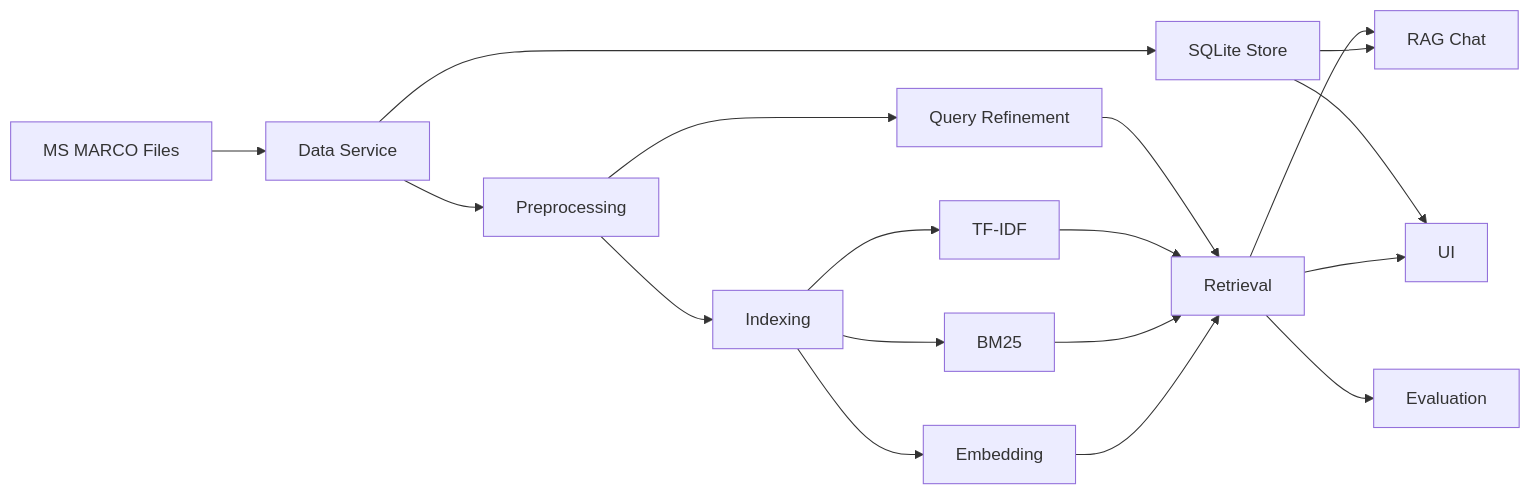
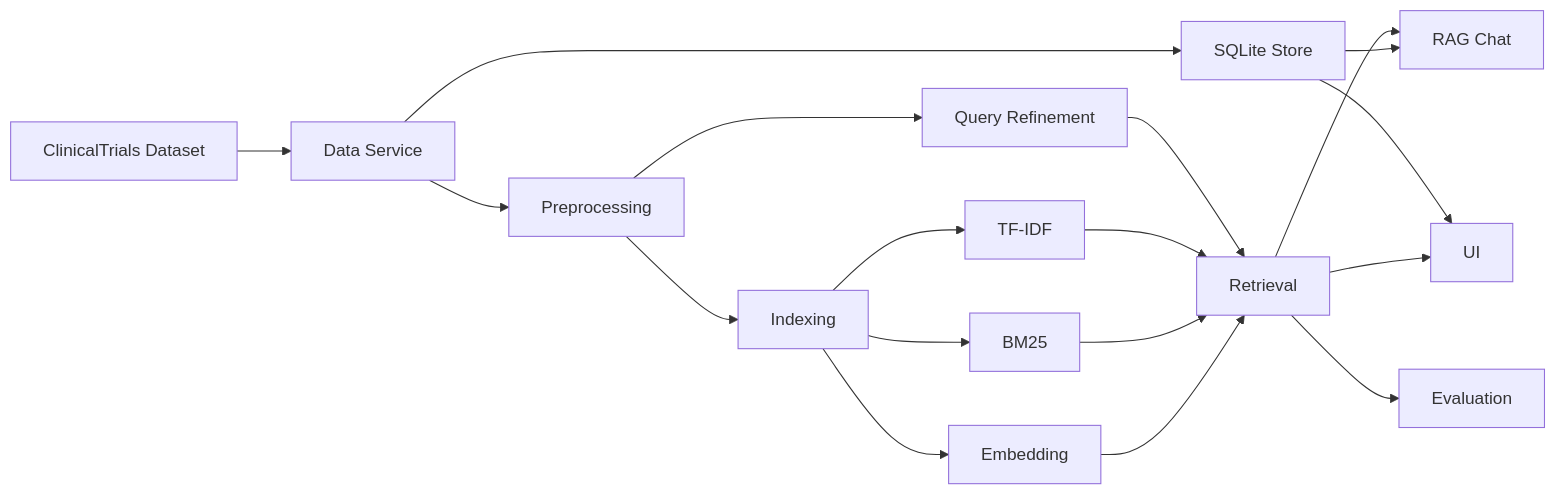
The diagram in reports/report_ar.md (khaderaldiwani/ir_project), drawn with Mermaid before and after one commit. The commit also changed other lines of this file and 6 other files, not shown here.

Commit message:
Update reports with latest ClinicalTrials results

````diff
--- a/reports/report_ar.md
+++ b/reports/report_ar.md
@@ -83,20 +83,20 @@
 ```mermaid
 flowchart LR
-    A["MS MARCO Files"] --> B["Data Service"]
+    A["ClinicalTrials Dataset"] --> B["Data Service"]
     B --> C["SQLite Store"]
     B --> D["Preprocessing"]
     D --> E["Indexing"]
     E --> F["TF-IDF"]
     E --> G["BM25"]
     E --> H["Embedding"]
     D --> Q["Query Refinement"]
     Q --> I["Retrieval"]
     F --> I
     G --> I
     H --> I
     I --> J["Evaluation"]
     I --> K["RAG Chat"]
     C --> K
     C --> L["UI"]
     I --> L
 ```
````
